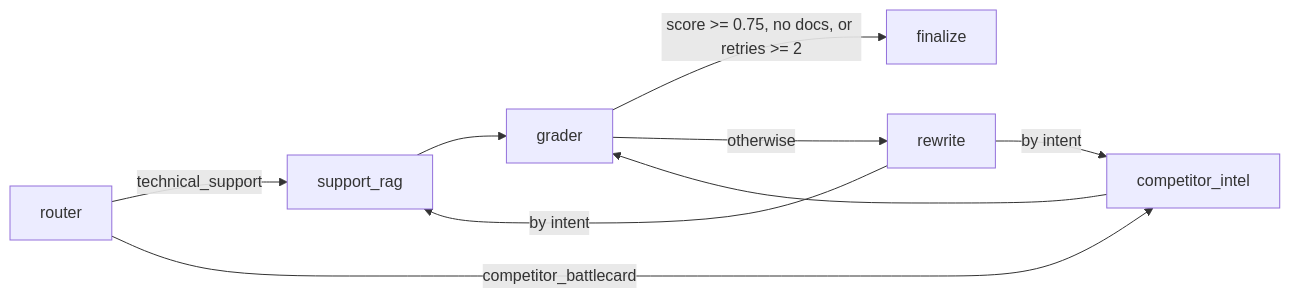
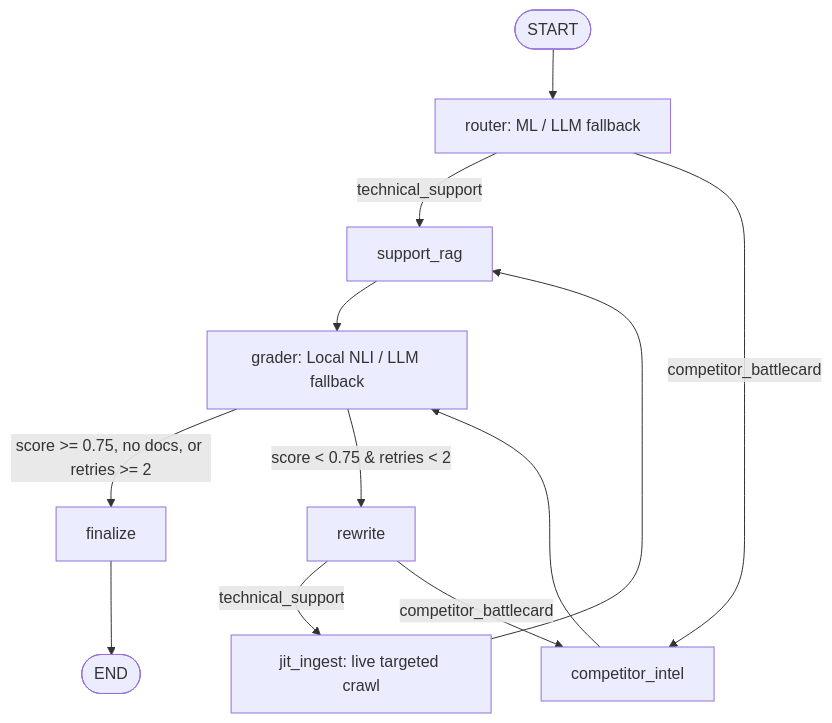
One commit to syedmuhammadayyanibrar/chameleon changed the diagram in README.md. Above: the diagram before and after it, drawn with Mermaid. The commit also changed other lines of this file and 16 other files, not shown here.

Commit message:
Upgrade Chameleon to v3: ML router, NLI grader, JIT retry loop, diverse leaf bucketing

````diff
--- a/README.md
+++ b/README.md
@@ -20,11 +41,14 @@
 ```mermaid
-flowchart LR
-  R[router] -->|technical_support| S[support_rag]
+flowchart TD
+  START([START]) --> R[router: ML / LLM fallback]
+  R -->|technical_support| S[support_rag]
   R -->|competitor_battlecard| C[competitor_intel]
-  S --> G[grader]
+  S --> G[grader: Local NLI / LLM fallback]
   C --> G
   G -->|"score >= 0.75, no docs, or retries >= 2"| F[finalize]
-  G -->|otherwise| W[rewrite]
-  W -->|by intent| S
-  W -->|by intent| C
+  G -->|"score < 0.75 & retries < 2"| W[rewrite]
+  W -->|technical_support| J[jit_ingest: live targeted crawl]
+  J --> S
+  W -->|competitor_battlecard| C
+  F --> END([END])
 ```
````
